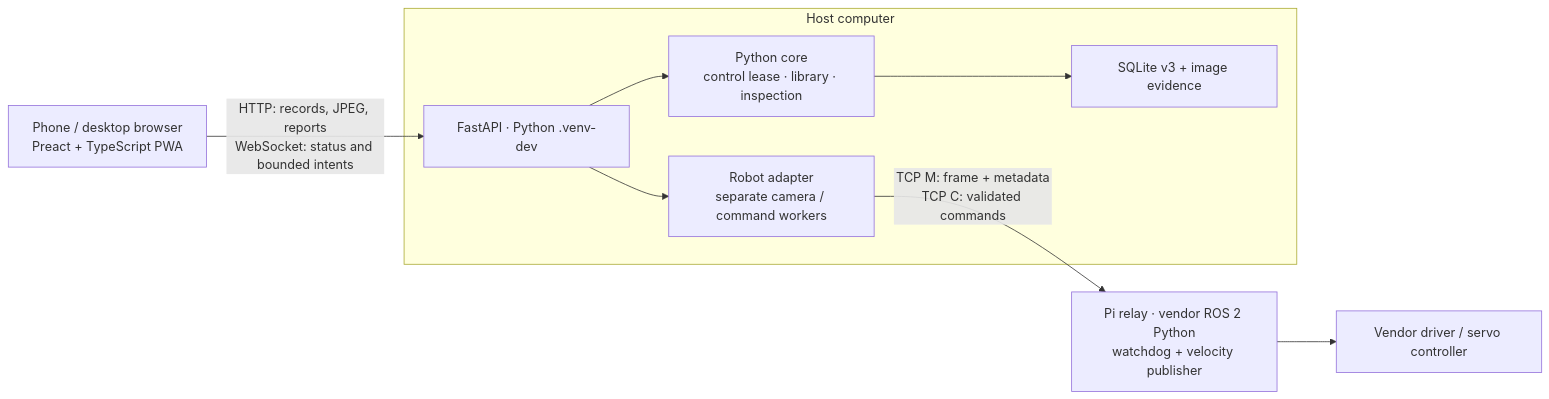
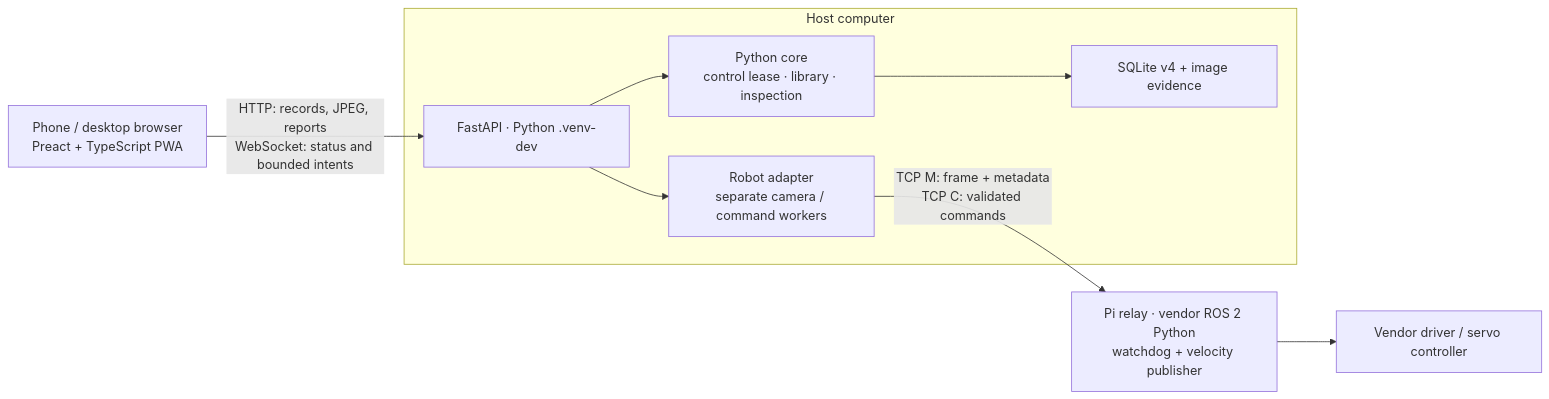
The diagram in docs/13-mobile-console.md (trungdangtapcode/Embodied-Scout-PuppyPi), drawn with Mermaid before and after one commit. The commit also changed other lines of this file and 29 other files, not shown here.

````diff
--- a/docs/13-mobile-console.md
+++ b/docs/13-mobile-console.md
@@ -32,11 +32,11 @@
 ```mermaid
 flowchart LR
   P["Phone / desktop browser\nPreact + TypeScript PWA"] -->|"HTTP: records, JPEG, reports\nWebSocket: status and bounded intents"| H
   subgraph Host["Host computer"]
     H["FastAPI · Python .venv-dev"] --> C["Python core\ncontrol lease · library · inspection"]
-    C --> DB["SQLite v3 + image evidence"]
+    C --> DB["SQLite v4 + image evidence"]
     H --> A["Robot adapter\nseparate camera / command workers"]
   end
   A -->|"TCP M: frame + metadata\nTCP C: validated commands"| PI["Pi relay · vendor ROS 2 Python\nwatchdog + velocity publisher"]
   PI --> D["Vendor driver / servo controller"]
 ```
````
